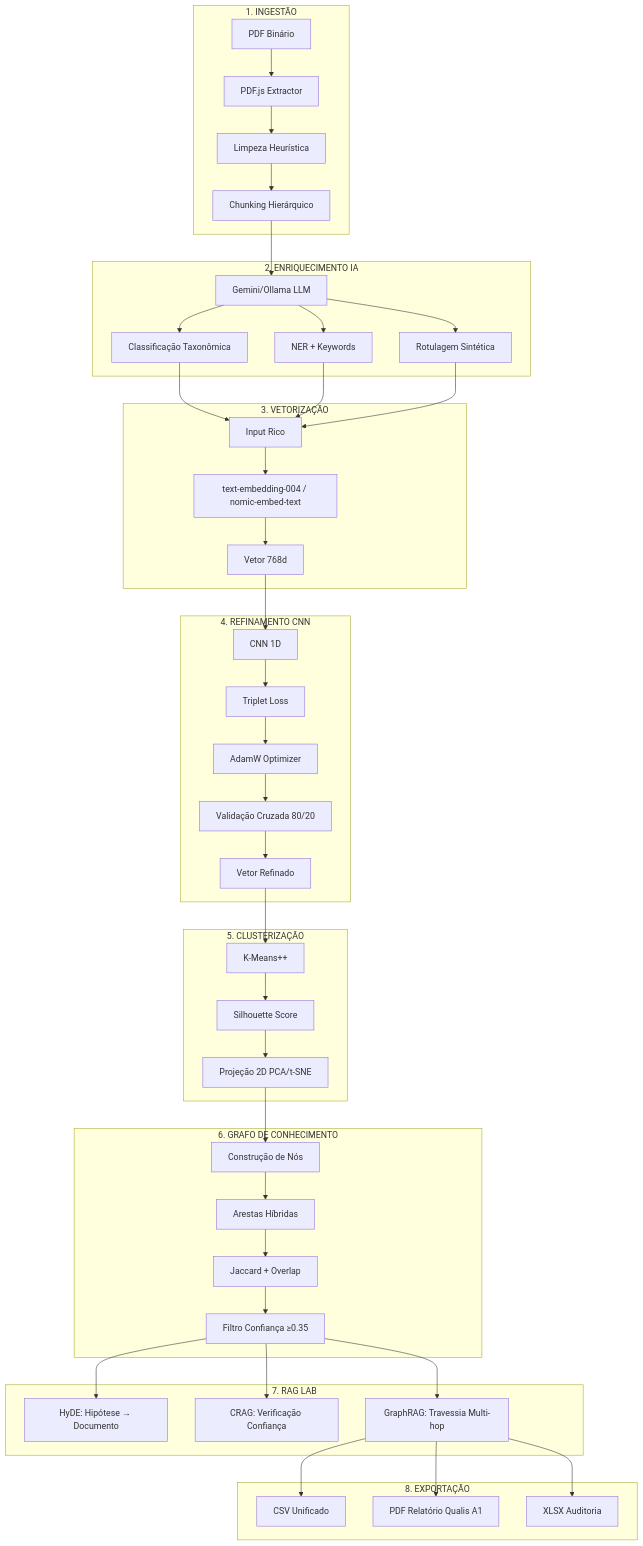
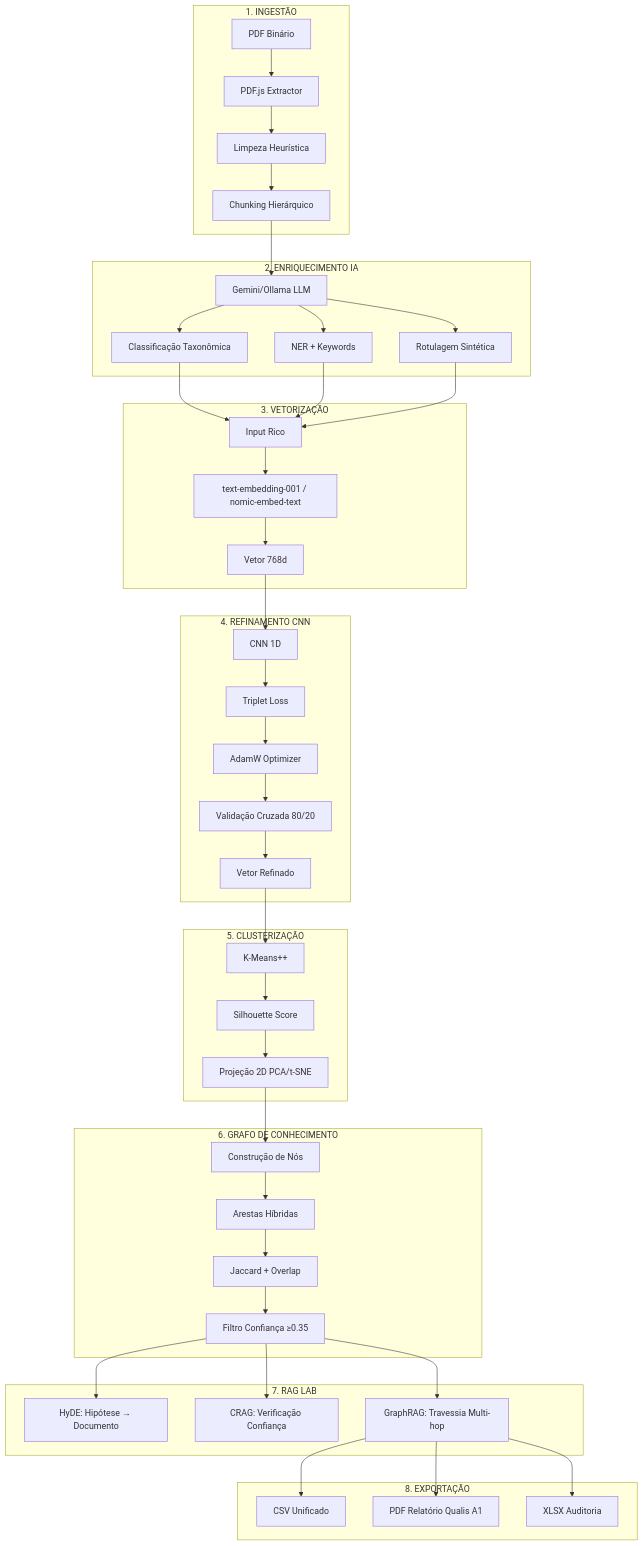
Before and after one commit to MarceloClaro/GRAPHRAG---SANDECO-AULA-5-CAP-OFFLINE: the first of 3 diagrams in README_COMPLETO.md, drawn with Mermaid. The commit also changed other lines of this file and 6 other files, not shown here.

Commit message:
Update text-embedding model from 004 to 001 throughout codebase

````diff
--- a/README_COMPLETO.md
+++ b/README_COMPLETO.md
@@ -39,56 +39,56 @@
 ```mermaid
 graph TB
     subgraph "1. INGESTÃO"
         A[PDF Binário] --> B[PDF.js Extractor]
         B --> C[Limpeza Heurística]
         C --> D[Chunking Hierárquico]
     end
     
     subgraph "2. ENRIQUECIMENTO IA"
         D --> E[Gemini/Ollama LLM]
         E --> F[Classificação Taxonômica]
         E --> G[NER + Keywords]
         E --> H[Rotulagem Sintética]
     end
     
     subgraph "3. VETORIZAÇÃO"
         F --> I[Input Rico]
         G --> I
         H --> I
-        I --> J[text-embedding-004 / nomic-embed-text]
+        I --> J[text-embedding-001 / nomic-embed-text]
         J --> K[Vetor 768d]
     end
     
     subgraph "4. REFINAMENTO CNN"
         K --> L[CNN 1D]
         L --> M[Triplet Loss]
         M --> N[AdamW Optimizer]
         N --> O[Validação Cruzada 80/20]
         O --> P[Vetor Refinado]
     end
     
     subgraph "5. CLUSTERIZAÇÃO"
         P --> Q[K-Means++]
         Q --> R[Silhouette Score]
         R --> S[Projeção 2D PCA/t-SNE]
     end
     
     subgraph "6. GRAFO DE CONHECIMENTO"
         S --> T[Construção de Nós]
         T --> U[Arestas Híbridas]
         U --> V[Jaccard + Overlap]
         V --> W[Filtro Confiança ≥0.35]
     end
     
     subgraph "7. RAG LAB"
         W --> X[HyDE: Hipótese → Documento]
         W --> Y[CRAG: Verificação Confiança]
         W --> Z[GraphRAG: Travessia Multi-hop]
     end
     
     subgraph "8. EXPORTAÇÃO"
         Z --> AA[CSV Unificado]
         Z --> AB[PDF Relatório Qualis A1]
         Z --> AC[XLSX Auditoria]
     end
 ```
````
